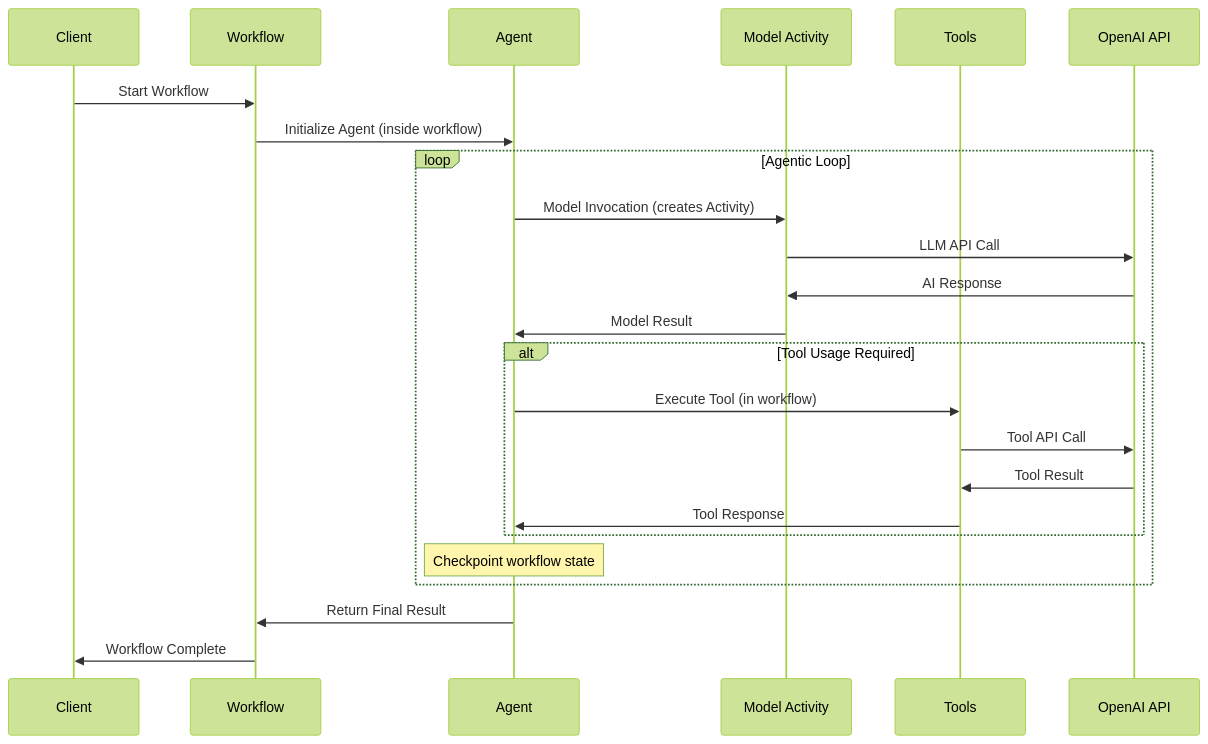
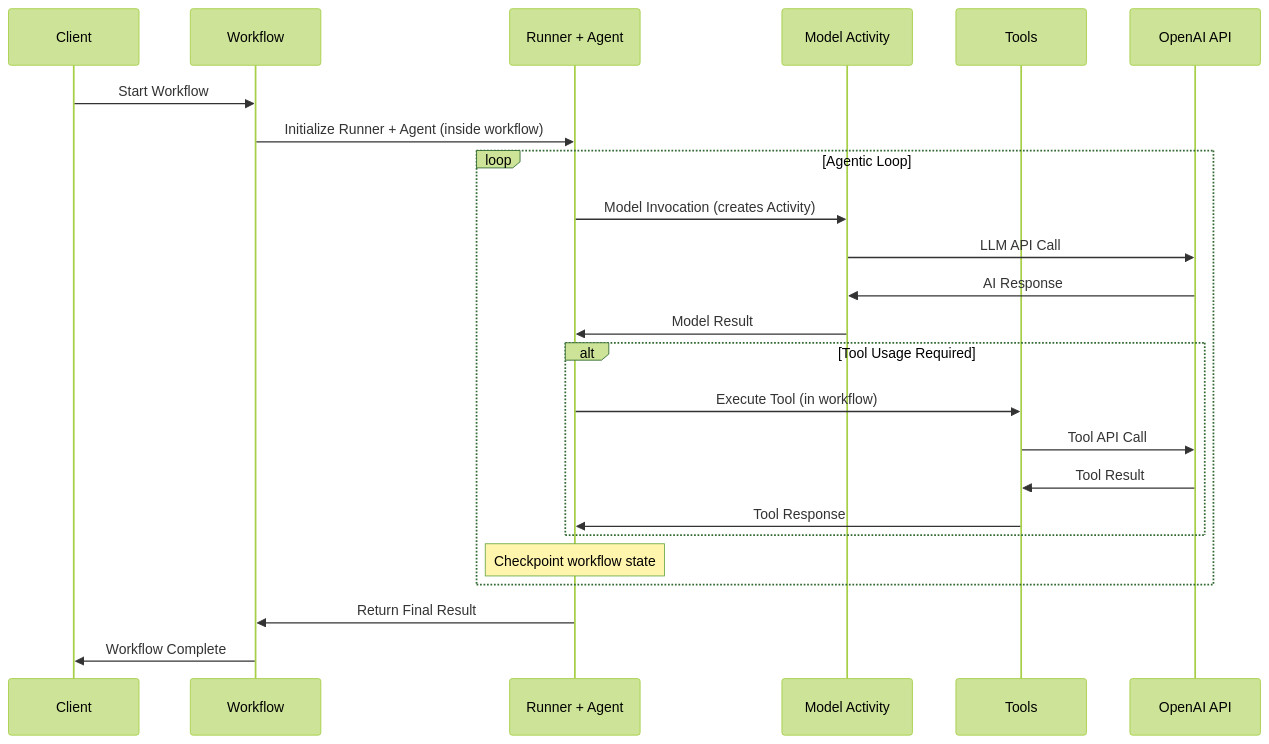
One commit to temporalio/samples-python changed the second of 3 diagrams in docs/openai_agents/ARCHITECTURE.md. Above: the diagram before and after it, drawn with Mermaid (forest theme). The commit also changed other lines of this file and 4 other files, not shown here.

````diff
--- a/docs/openai_agents/ARCHITECTURE.md
+++ b/docs/openai_agents/ARCHITECTURE.md
@@ -96,31 +98,31 @@
 ```mermaid
 sequenceDiagram
     participant C as Client
     participant W as Workflow
-    participant AG as Agent
+    participant R as Runner + Agent
     participant M as Model Activity
     participant T as Tools
     participant O as OpenAI API
     
     C->>W: Start Workflow
-    W->>AG: Initialize Agent (inside workflow)
+    W->>R: Initialize Runner + Agent (inside workflow)
     
     loop Agentic Loop
-        AG->>M: Model Invocation (creates Activity)
+        R->>M: Model Invocation (creates Activity)
         M->>O: LLM API Call
         O->>M: AI Response
-        M->>AG: Model Result
+        M->>R: Model Result
         
         alt Tool Usage Required
-            AG->>T: Execute Tool (in workflow)
+            R->>T: Execute Tool (in workflow)
             T->>O: Tool API Call
             O->>T: Tool Result
-            T->>AG: Tool Response
+            T->>R: Tool Response
         end
         
-        Note over AG: Checkpoint workflow state
+        Note over R: Checkpoint workflow state
     end
     
-    AG->>W: Return Final Result
+    R->>W: Return Final Result
     W->>C: Workflow Complete
 ```
````
